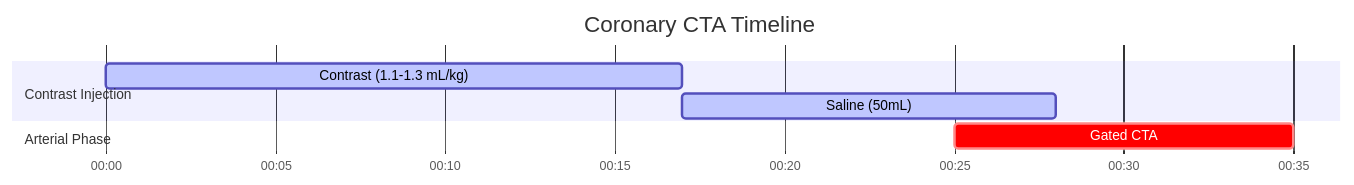
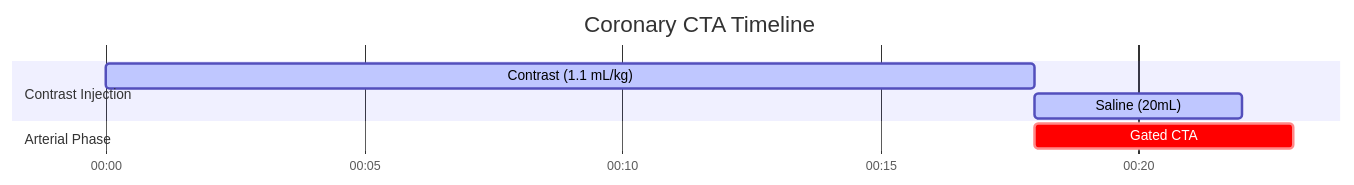
Before and after one commit to dfergs93/radiology-protocols: the diagram in docs/ct/cardiac/coronary-cta.md, drawn with Mermaid. The commit also changed other lines of this file and 113 other files, not shown here.

````diff
--- a/docs/ct/cardiac/coronary-cta.md
+++ b/docs/ct/cardiac/coronary-cta.md
@@ -87,16 +91,16 @@
   ```mermaid
   ---
   config:
     theme: default
   ---
     gantt
       title Coronary CTA Timeline
       dateFormat mm:ss
       axisFormat %M:%S 
       
       section Contrast Injection
-      Contrast (1.1-1.3 mL/kg)    :active, contrast, 00:00, 17s
-      Saline (50mL)          :active, saline, after contrast, 11s
+      Contrast (1.1 mL/kg)    :active, contrast, 00:00, 18s
+      Saline (20mL)          :active, saline, after contrast, 4s
       section Arterial Phase
-      Gated CTA    :crit, scan1, 00:25, 10s
+      Gated CTA    :crit, scan1, after contrast, 5s
   ```
````
